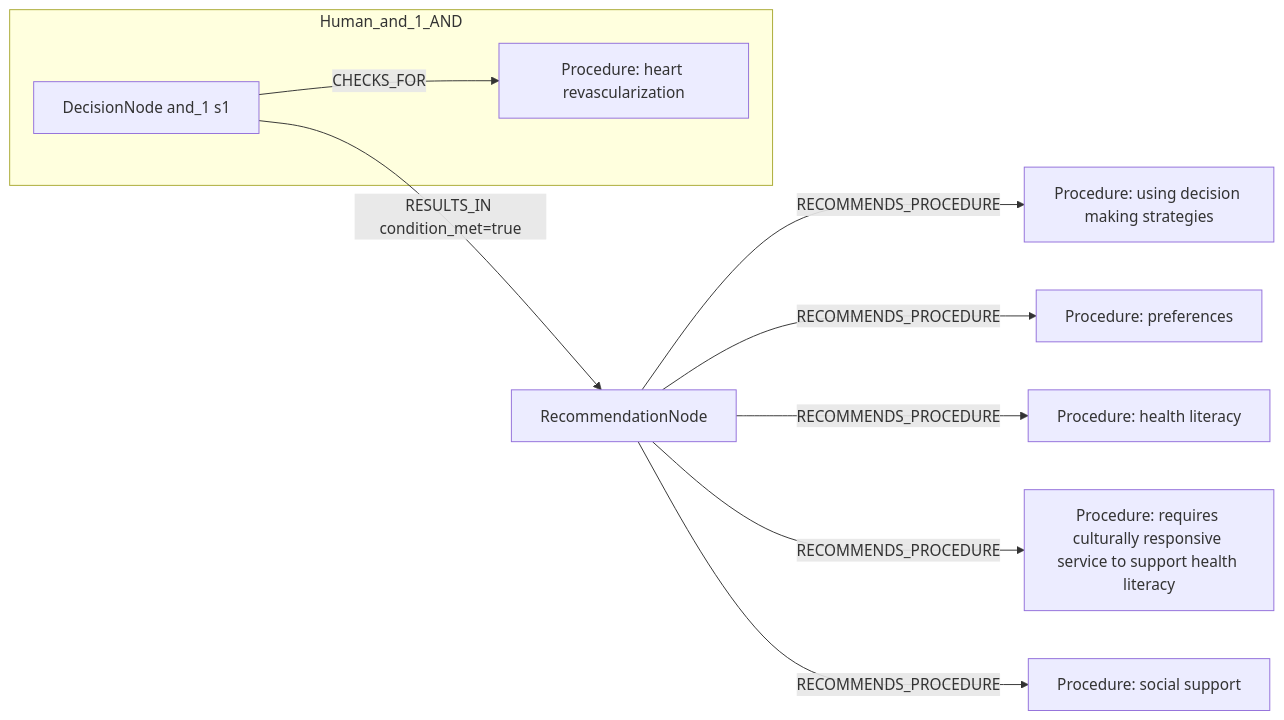
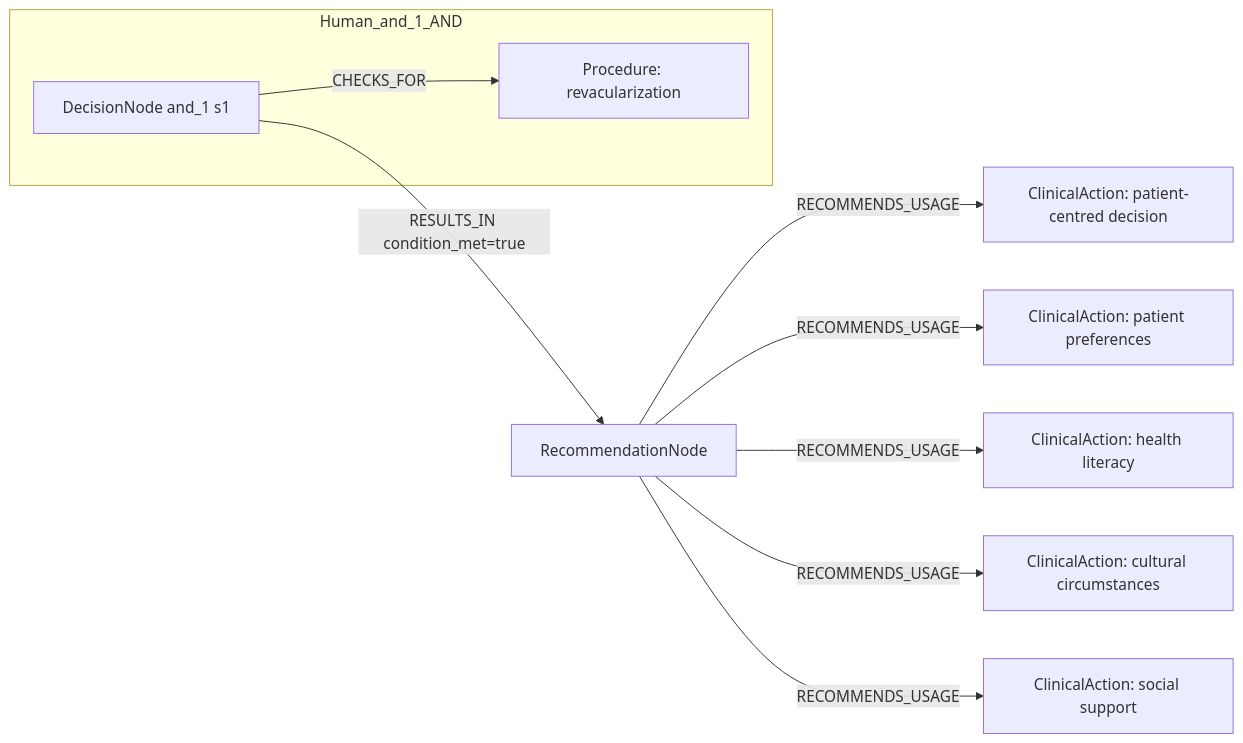
One commit to dieterich-lab/CardioGuidelinesGraph changed the first of 2 diagrams in docs/table22_rows_comparison/row_04.md. Above: the diagram before and after it, drawn with Mermaid. The commit also changed other lines of this file and 20 other files, not shown here.

````diff
--- a/docs/table22_rows_comparison/row_04.md
+++ b/docs/table22_rows_comparison/row_04.md
@@ -284,20 +393,20 @@
 ```mermaid
 graph LR
   REC[RecommendationNode]
-  ACT1[Procedure: using decision making strategies]
-  REC -->|RECOMMENDS_PROCEDURE| ACT1
-  ACT2[Procedure: preferences]
-  REC -->|RECOMMENDS_PROCEDURE| ACT2
-  ACT3[Procedure: health literacy]
-  REC -->|RECOMMENDS_PROCEDURE| ACT3
-  ACT4[Procedure: requires culturally responsive service to support health literacy]
-  REC -->|RECOMMENDS_PROCEDURE| ACT4
-  ACT5[Procedure: social support]
-  REC -->|RECOMMENDS_PROCEDURE| ACT5
+  ACT1[ClinicalAction: patient-centred decision]
+  REC -->|RECOMMENDS_USAGE| ACT1
+  ACT2[ClinicalAction: patient preferences]
+  REC -->|RECOMMENDS_USAGE| ACT2
+  ACT3[ClinicalAction: health literacy]
+  REC -->|RECOMMENDS_USAGE| ACT3
+  ACT4[ClinicalAction: cultural circumstances]
+  REC -->|RECOMMENDS_USAGE| ACT4
+  ACT5[ClinicalAction: social support]
+  REC -->|RECOMMENDS_USAGE| ACT5
   subgraph Human_and_1_AND
     D_and_1_1[DecisionNode and_1 s1]
-    C_and_1_1[Procedure: heart revascularization]
+    C_and_1_1[Procedure: revacularization]
     D_and_1_1 -->|CHECKS_FOR| C_and_1_1
   end
   D_and_1_1 -->|RESULTS_IN condition_met=true| REC
 ```
````
